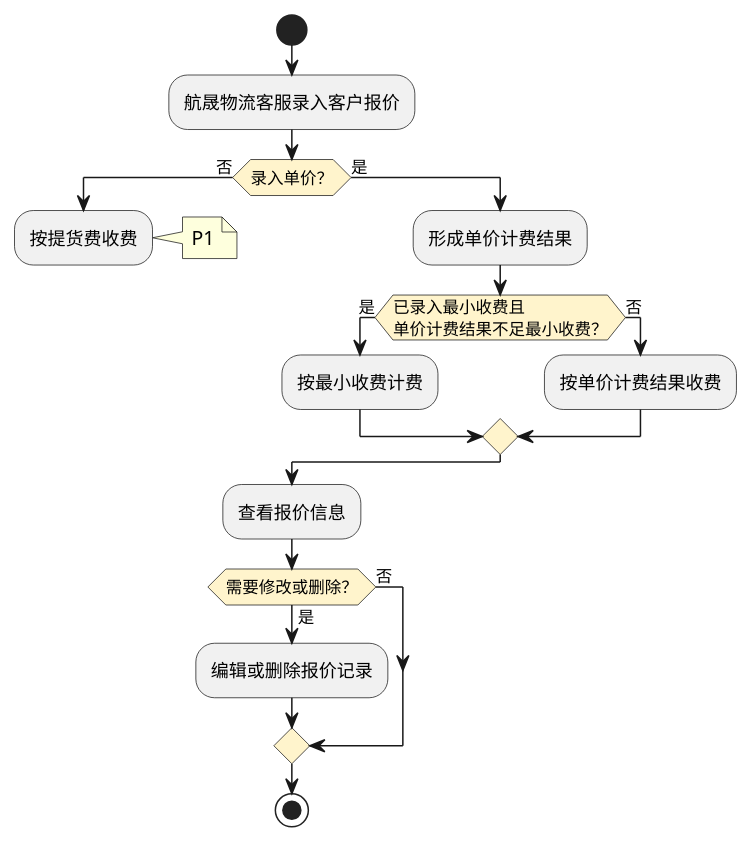
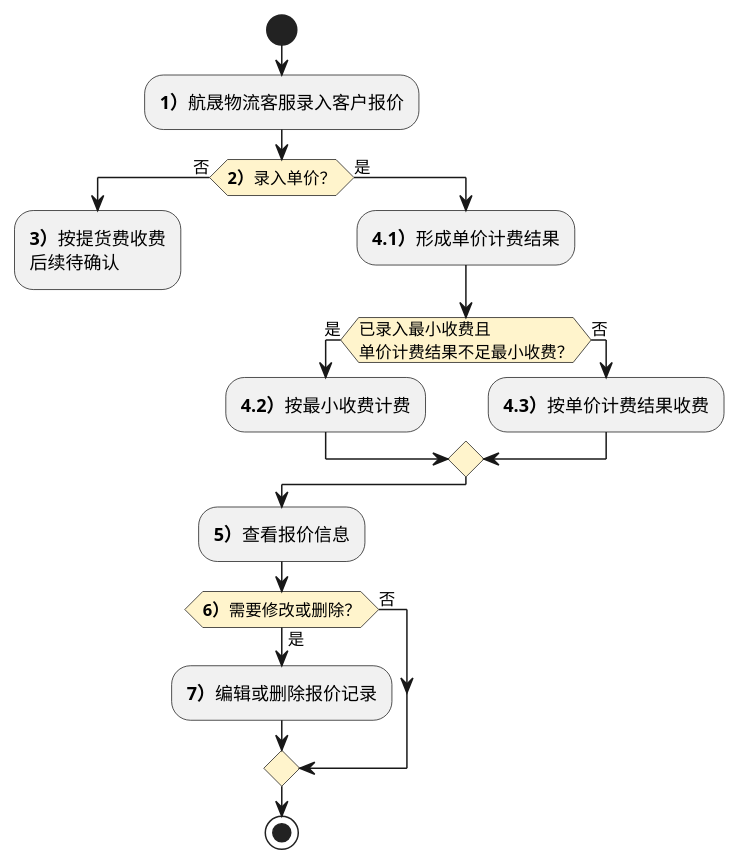
Before and after one commit to jack888332/projects-doc: the second of 2 diagrams in product-caliber/goldjet/segmented-prd/PRD.高捷物流系统一期.第005篇.合作方报价-报价管理.92B1FD526A.md, drawn with PlantUML. The commit also changed other lines of this file and 24 other files, not shown here.

````diff
--- a/product-caliber/goldjet/segmented-prd/PRD.高捷物流系统一期.第005篇.合作方报价-报价管理.92B1FD526A.md
+++ b/product-caliber/goldjet/segmented-prd/PRD.高捷物流系统一期.第005篇.合作方报价-报价管理.92B1FD526A.md
@@ -377,25 +377,24 @@
 ```plantuml
 @startuml goldjet-005-customer-quote-charging
 skinparam activityDiamondBackgroundColor #FFF4CC
 start
-:航晟物流客服录入客户报价;
-if (录入单价？) then (否)
-  :按提货费收费;
-  note right: P1
+:**1）**航晟物流客服录入客户报价;
+if (**2）**录入单价？) then (否)
+  :**3）**按提货费收费\n后续待确认;
   detach
 else (是)
-  :形成单价计费结果;
+  :**4.1）**形成单价计费结果;
   if (已录入最小收费且\n单价计费结果不足最小收费？) then (是)
-    :按最小收费计费;
+    :**4.2）**按最小收费计费;
   else (否)
-    :按单价计费结果收费;
+    :**4.3）**按单价计费结果收费;
   endif
 endif
-:查看报价信息;
-if (需要修改或删除？) then (是)
-  :编辑或删除报价记录;
+:**5）**查看报价信息;
+if (**6）**需要修改或删除？) then (是)
+  :**7）**编辑或删除报价记录;
 else (否)
 endif
 stop
 @enduml
 ```
````
